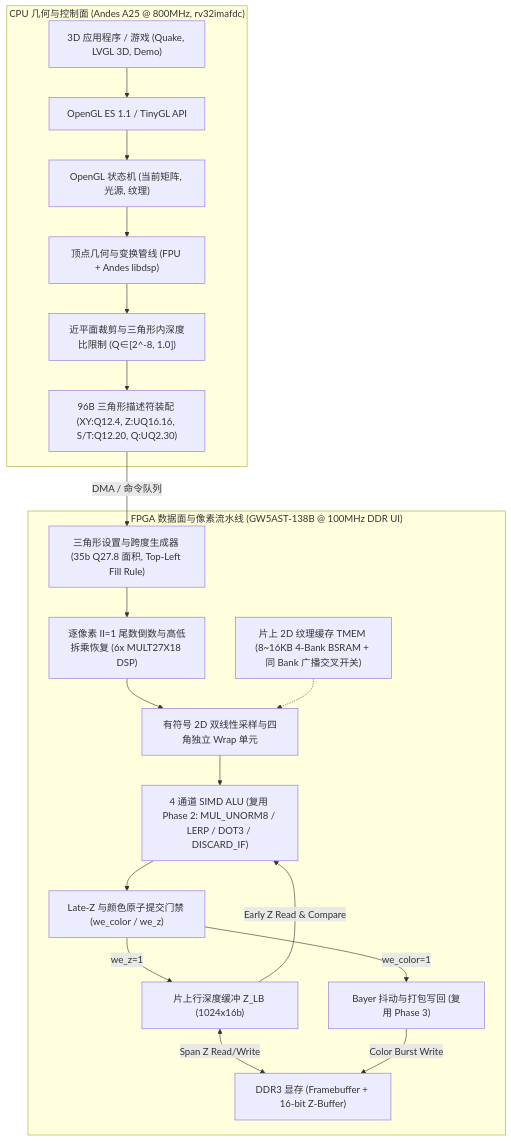
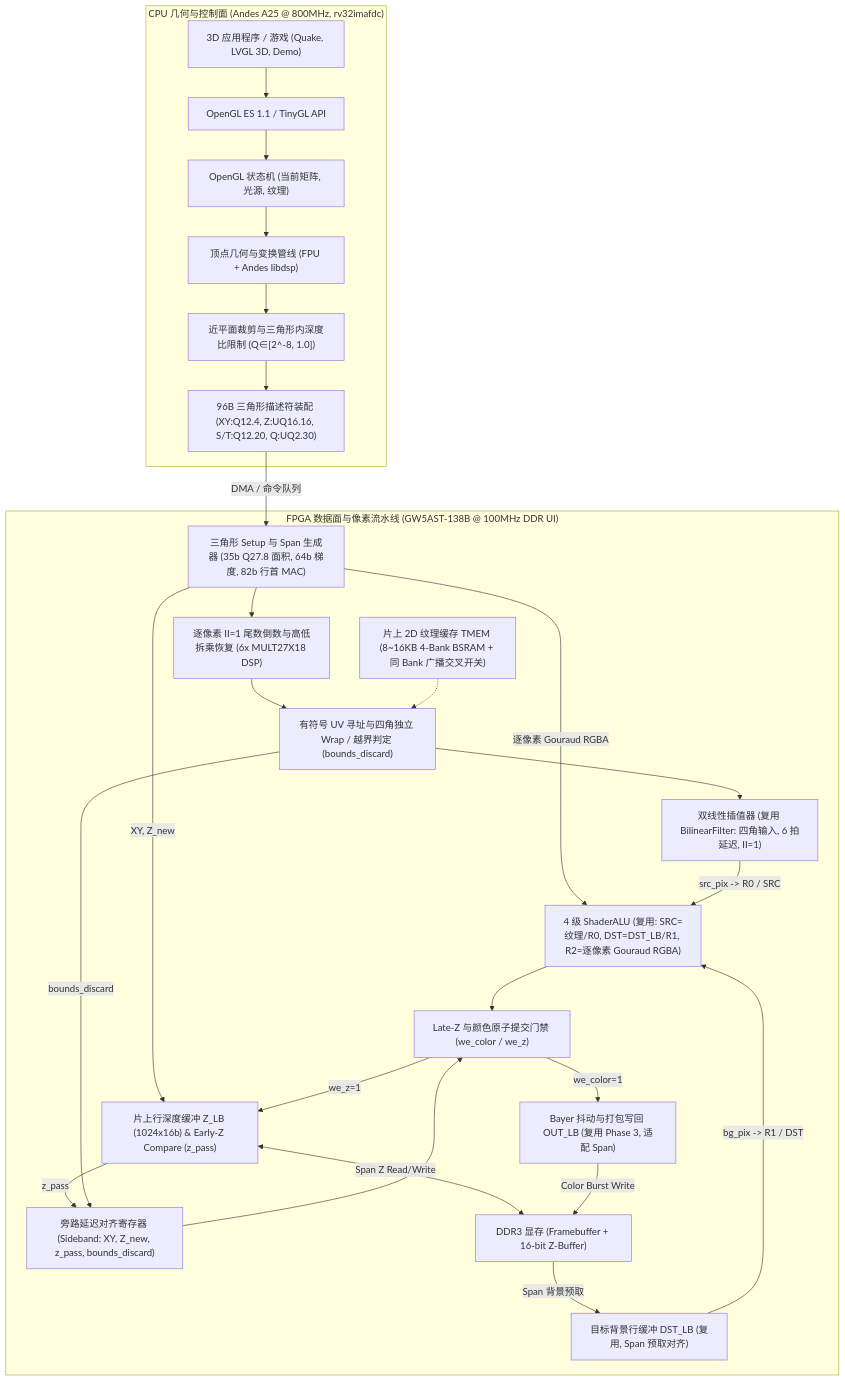
One commit to bearice/riscv-mini changed the first of 3 diagrams in docs/platforms/mega138k_ae350/gfx_3d.md. Above: the diagram before and after it, drawn with Mermaid. The commit also changed other lines of this file and 16 other files, not shown here.

````diff
--- a/docs/platforms/mega138k_ae350/gfx_3d.md
+++ b/docs/platforms/mega138k_ae350/gfx_3d.md
@@ -13,33 +13,43 @@
 ```mermaid
 flowchart TD
     subgraph CPU["CPU 几何与控制面 (Andes A25 @ 800MHz, rv32imafdc)"]
         APP["3D 应用程序 / 游戏 (Quake, LVGL 3D, Demo)"] --> GLES["OpenGL ES 1.1 / TinyGL API"]
         GLES --> STATE["OpenGL 状态机 (当前矩阵, 光源, 纹理)"]
         STATE --> VERTEX["顶点几何与变换管线 (FPU + Andes libdsp)"]
         VERTEX --> CLIP["近平面裁剪与三角形内深度比限制 (Q∈[2^-8, 1.0])"]
         CLIP --> TRI_EMIT["96B 三角形描述符装配 (XY:Q12.4, Z:UQ16.16, S/T:Q12.20, Q:UQ2.30)"]
     end
 
     TRI_EMIT -->|DMA / 命令队列| RASTER
 
     subgraph FPGA["FPGA 数据面与像素流水线 (GW5AST-138B @ 100MHz DDR UI)"]
-        RASTER["三角形设置与跨度生成器 (35b Q27.8 面积, Top-Left Fill Rule)"]
+        RASTER["三角形 Setup 与 Span 生成器 (35b Q27.8 面积, 64b 梯度, 82b 行首 MAC)"]
         PERSP["逐像素 II=1 尾数倒数与高低拆乘恢复 (6x MULT27X18 DSP)"]
         TMEM["片上 2D 纹理缓存 TMEM (8~16KB 4-Bank BSRAM + 同 Bank 广播交叉开关)"]
-        SAMPLER["有符号 2D 双线性采样与四角独立 Wrap 单元"]
-        ZLB["片上行深度缓冲 Z_LB (1024x16b)"]
-        SIMD["4 通道 SIMD ALU (复用 Phase 2: MUL_UNORM8 / LERP / DOT3 / DISCARD_IF)"]
+        WRAP["有符号 UV 寻址与四角独立 Wrap / 越界判定 (bounds_discard)"]
+        BIL["双线性插值器 (复用 BilinearFilter: 四角输入, 6 拍延迟, II=1)"]
+        ZLB["片上行深度缓冲 Z_LB (1024x16b) & Early-Z Compare (z_pass)"]
+        DSTLB["目标背景行缓冲 DST_LB (复用, Span 预取对齐)"]
+        SIDE["旁路延迟对齐寄存器 (Sideband: XY, Z_new, z_pass, bounds_discard)"]
+        SIMD["4 级 ShaderALU (复用: SRC=纹理/R0, DST=DST_LB/R1, R2=逐像素 Gouraud RGBA)"]
         COMMIT["Late-Z 与颜色原子提交门禁 (we_color / we_z)"]
-        PACKER["Bayer 抖动与打包写回 (复用 Phase 3)"]
+        PACKER["Bayer 抖动与打包写回 OUT_LB (复用 Phase 3, 适配 Span)"]
         DDR3["DDR3 显存 (Framebuffer + 16-bit Z-Buffer)"]
 
-        RASTER --> PERSP --> SAMPLER
-        TMEM -.-> SAMPLER
-        ZLB -->|Early Z Read & Compare| SIMD
-        SAMPLER --> SIMD --> COMMIT
+        RASTER --> PERSP --> WRAP --> BIL
+        TMEM -.-> WRAP
+        RASTER -->|逐像素 Gouraud RGBA| SIMD
+        RASTER -->|XY, Z_new| ZLB
+        ZLB -->|z_pass| SIDE
+        WRAP -->|bounds_discard| SIDE
+        DSTLB -->|bg_pix -> R1 / DST| SIMD
+        BIL -->|src_pix -> R0 / SRC| SIMD
+        SIMD --> COMMIT
+        SIDE --> COMMIT
         COMMIT -->|we_z=1| ZLB
         COMMIT -->|we_color=1| PACKER
         ZLB <-->|Span Z Read/Write| DDR3
+        DDR3 -->|Span 背景预取| DSTLB
         PACKER -->|Color Burst Write| DDR3
     end
 ```
````
